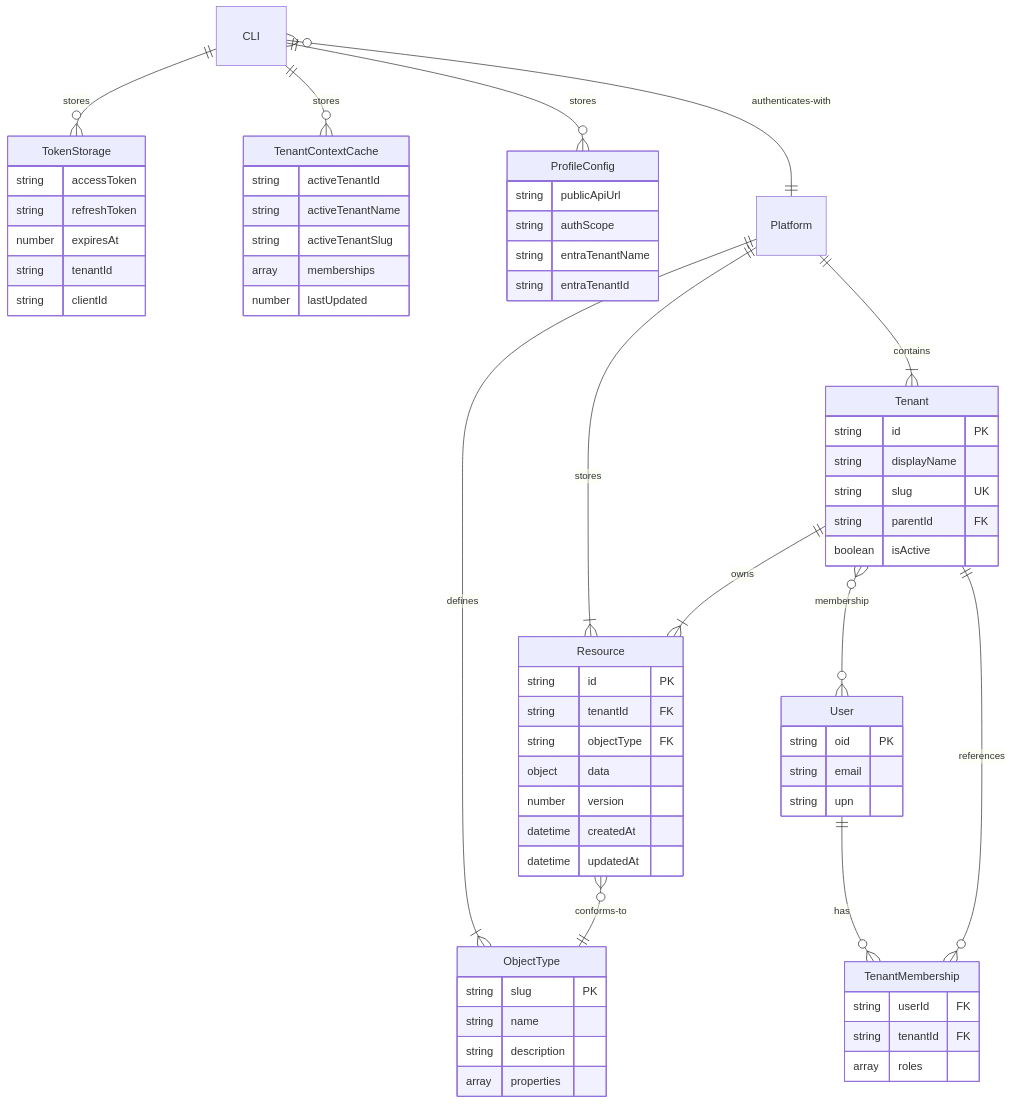
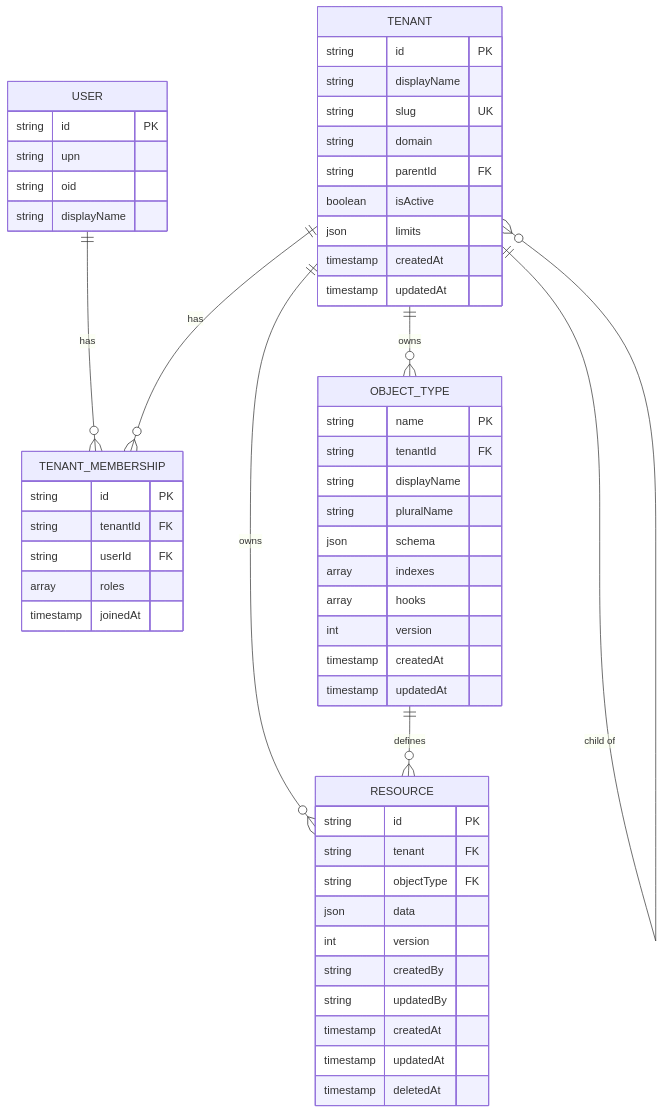
Before and after one commit to eai-support/eai: the first of 4 diagrams in .tech-docs/data-model.md, drawn with Mermaid. The commit also changed other lines of this file and 11 other files, not shown here.

````diff
--- a/.tech-docs/data-model.md
+++ b/.tech-docs/data-model.md
@@ -292,75 +394,62 @@
 ```mermaid
 erDiagram
-    CLI ||--o{ TokenStorage : stores
-    CLI ||--o{ TenantContextCache : stores
-    CLI ||--o{ ProfileConfig : stores
-    CLI }o--|| Platform : authenticates-with
-    Platform ||--|{ Tenant : contains
-    Platform ||--|{ Resource : stores
-    Platform ||--|{ ObjectType : defines
-    Tenant ||--|{ Resource : owns
-    Tenant }o--o{ User : membership
-    Resource }o--|| ObjectType : conforms-to
-    User ||--o{ TenantMembership : has
-    TenantMembership }o--|| Tenant : references
-
-    TokenStorage {
-        string accessToken
-        string refreshToken
-        number expiresAt
-        string tenantId
-        string clientId
+    USER ||--o{ TENANT_MEMBERSHIP : has
+    TENANT ||--o{ TENANT_MEMBERSHIP : has
+    TENANT ||--o{ OBJECT_TYPE : owns
+    TENANT ||--o{ RESOURCE : owns
+    OBJECT_TYPE ||--o{ RESOURCE : defines
+    TENANT ||--o{ TENANT : "child of"
+    
+    USER {
+        string id PK
+        string upn
+        string oid
+        string displayName
     }
-
-    TenantContextCache {
-        string activeTenantId
-        string activeTenantName
-        string activeTenantSlug
-        array memberships
-        number lastUpdated
-    }
-
-    ProfileConfig {
-        string publicApiUrl
-        string authScope
-        string entraTenantName
-        string entraTenantId
-    }
-
-    Tenant {
+    
+    TENANT {
         string id PK
         string displayName
         string slug UK
+        string domain
         string parentId FK
         boolean isActive
+        json limits
+        timestamp createdAt
+        timestamp updatedAt
     }
-
-    Resource {
+    
+    TENANT_MEMBERSHIP {
         string id PK
         string tenantId FK
+        string userId FK
+        array roles
+        timestamp joinedAt
+    }
+    
+    OBJECT_TYPE {
+        string name PK
+        string tenantId FK
+        string displayName
+        string pluralName
+        json schema
+        array indexes
+        array hooks
+        int version
+        timestamp createdAt
+        timestamp updatedAt
+    }
+    
+    RESOURCE {
+        string id PK
+        string tenant FK
         string objectType FK
-        object data
-        number version
-        datetime createdAt
-        datetime updatedAt
-    }
-
-    ObjectType {
-        string slug PK
-        string name
-        string description
-        array properties
-    }
-
-    User {
-        string oid PK
-        string email
-        string upn
-    }
-
-    TenantMembership {
-        string userId FK
-        string tenantId FK
-        array roles
+        json data
+        int version
+        string createdBy
+        string updatedBy
+        timestamp createdAt
+        timestamp updatedAt
+        timestamp deletedAt
     }
 ```
````
